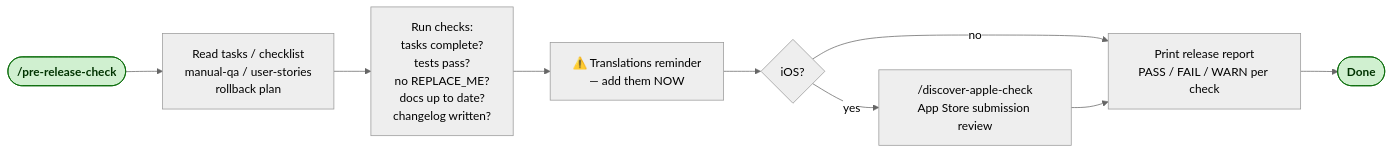
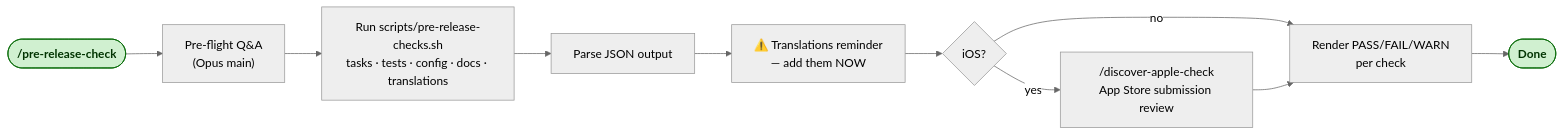
Diagram 14 of 15 in docs/diagrams/skill-flows.md (vladislavsournine/vladyslav-skills), drawn with Mermaid (neutral theme) before and after one commit. The commit also changed other lines of this file and 6 other files, not shown here.

````diff
--- a/docs/diagrams/skill-flows.md
+++ b/docs/diagrams/skill-flows.md
@@ -261,14 +256,15 @@
 ```mermaid
 flowchart LR
-    A([/pre-release-check]):::start --> B[Read tasks / checklist\nmanual-qa / user-stories\nrollback plan]
-    B --> C[Run checks:\ntasks complete?\ntests pass?\nno REPLACE_ME?\ndocs up to date?\nchangelog written?]
-    C --> D["⚠️ Translations reminder\n— add them NOW"]
-    D --> E{iOS?}
-    E -- yes --> F["/discover-apple-check\nApp Store submission review"]
-    E -- no  --> G[Print release report\nPASS / FAIL / WARN per check]
-    F --> G
-    G --> H([Done]):::done
+    A([/pre-release-check]):::start --> B["Pre-flight Q&A<br/>(Opus main)"]
+    B --> C[Run scripts/pre-release-checks.sh<br/>tasks · tests · config · docs · translations]
+    C --> D[Parse JSON output]
+    D --> E["⚠️ Translations reminder<br/>— add them NOW"]
+    E --> F{iOS?}
+    F -- yes --> G["/discover-apple-check<br/>App Store submission review"]
+    F -- no  --> H[Render PASS/FAIL/WARN<br/>per check]
+    G --> H
+    H --> I([Done]):::done
 
     classDef start fill:#d0f0d0,stroke:#006600,color:#003300,font-weight:bold
     classDef done  fill:#d0f0d0,stroke:#006600,color:#003300,font-weight:bold
 ```
````
